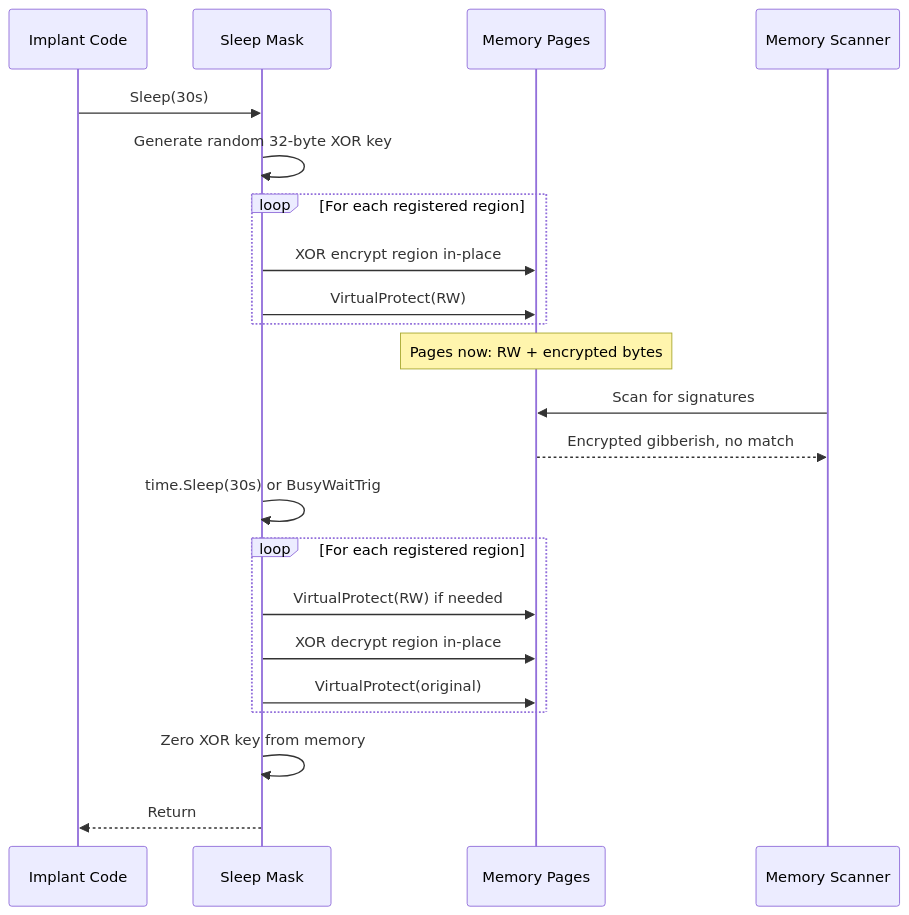
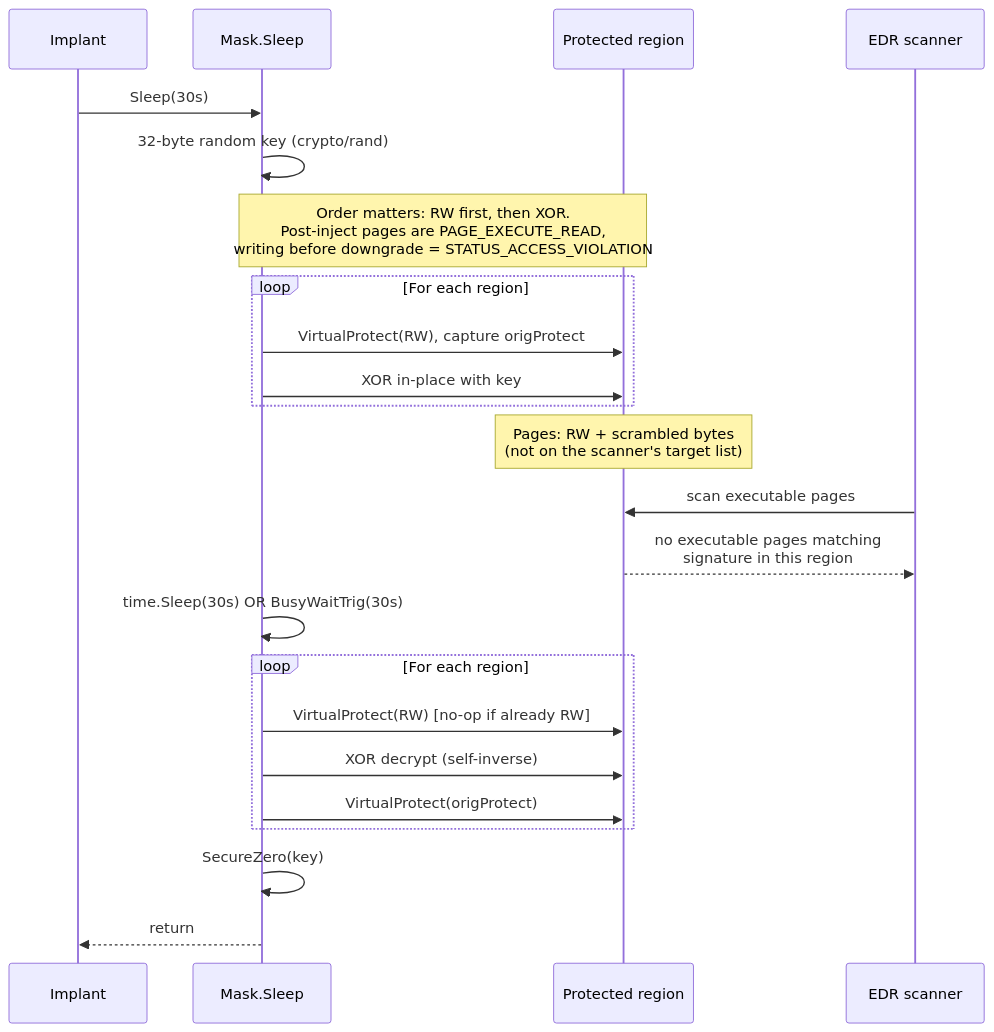
One commit to oioio-space/maldev changed the diagram in docs/techniques/evasion/sleep-mask.md. Above: the diagram before and after it, drawn with Mermaid. The commit also changed other lines of this file and 24 other files, not shown here.

````diff
--- a/docs/techniques/evasion/sleep-mask.md
+++ b/docs/techniques/evasion/sleep-mask.md
@@ -15,32 +17,33 @@
 ```mermaid
 sequenceDiagram
-    participant Implant as Implant Code
-    participant Mask as Sleep Mask
-    participant Memory as Memory Pages
-    participant Scanner as Memory Scanner
+    participant Impl as Implant
+    participant Mask as Mask.Sleep
+    participant Page as Protected region
+    participant Scan as EDR scanner
 
-    Implant->>Mask: Sleep(30s)
+    Impl->>Mask: Sleep(30s)
+    Mask->>Mask: 32-byte random key (crypto/rand)
 
-    Mask->>Mask: Generate random 32-byte XOR key
+    Note over Mask,Page: Order matters: RW first, then XOR.<br/>Post-inject pages are PAGE_EXECUTE_READ,<br/>writing before downgrade = STATUS_ACCESS_VIOLATION
 
-    loop For each registered region
-        Mask->>Memory: XOR encrypt region in-place
-        Mask->>Memory: VirtualProtect(RW)
+    loop For each region
+        Mask->>Page: VirtualProtect(RW), capture origProtect
+        Mask->>Page: XOR in-place with key
     end
 
-    Note over Memory: Pages now: RW + encrypted bytes
+    Note over Page: Pages: RW + scrambled bytes<br/>(not on the scanner's target list)
 
-    Scanner->>Memory: Scan for signatures
-    Memory-->>Scanner: Encrypted gibberish, no match
+    Scan->>Page: scan executable pages
+    Page-->>Scan: no executable pages matching<br/>signature in this region
 
-    Mask->>Mask: time.Sleep(30s) or BusyWaitTrig
+    Mask->>Mask: time.Sleep(30s) OR BusyWaitTrig(30s)
 
-    loop For each registered region
-        Mask->>Memory: VirtualProtect(RW) if needed
-        Mask->>Memory: XOR decrypt region in-place
-        Mask->>Memory: VirtualProtect(original)
+    loop For each region
+        Mask->>Page: VirtualProtect(RW) [no-op if already RW]
+        Mask->>Page: XOR decrypt (self-inverse)
+        Mask->>Page: VirtualProtect(origProtect)
     end
 
-    Mask->>Mask: Zero XOR key from memory
-    Mask-->>Implant: Return
+    Mask->>Mask: SecureZero(key)
+    Mask-->>Impl: return
 ```
````
